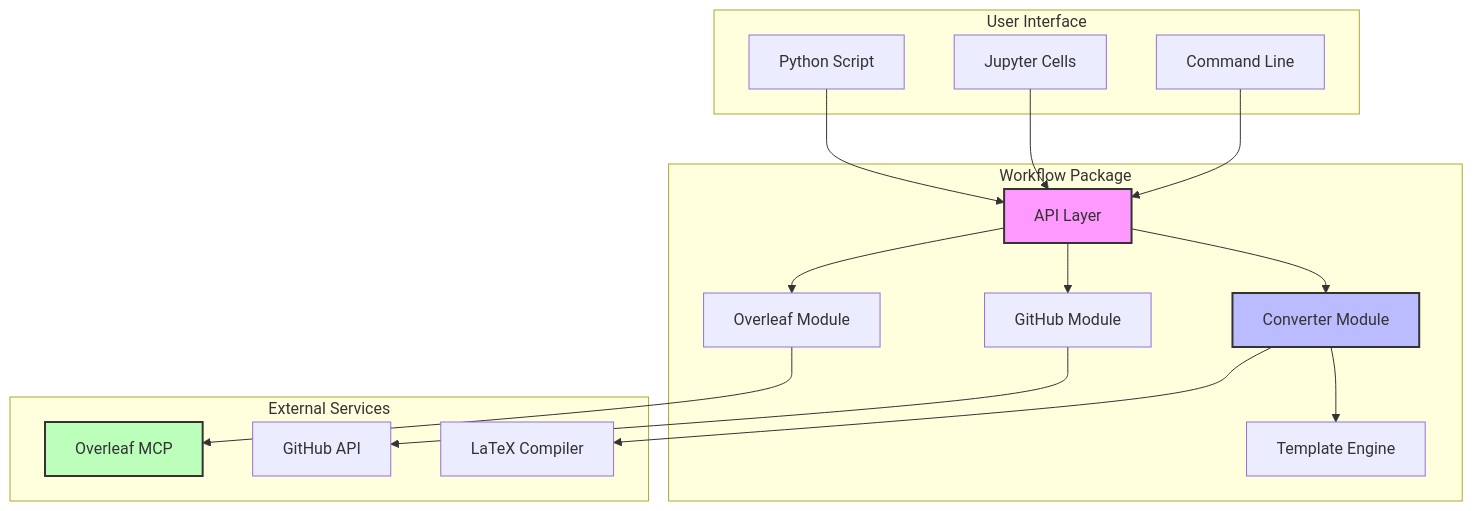
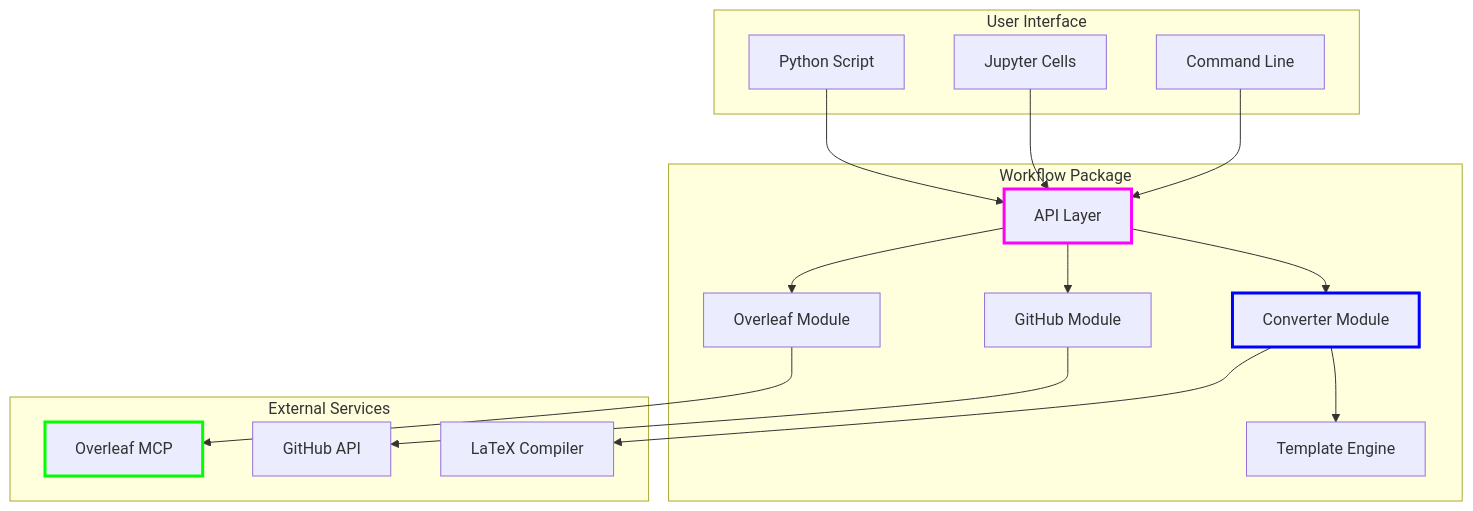
Before and after one commit to Ziforge/jupyter-overleaf-workflow: the eighth of 10 diagrams in docs/DIAGRAMS.md, drawn with Mermaid. The commit also changed other lines of this file and 1 other file, not shown here.

First line of the commit message:
Update Mermaid diagrams to use colored borders only

````diff
--- a/docs/DIAGRAMS.md
+++ b/docs/DIAGRAMS.md
@@ -255,40 +255,40 @@
 ```mermaid
 graph TD
     subgraph User Interface
         CLI[Command Line]
         Jupyter[Jupyter Cells]
         Script[Python Script]
     end
 
     subgraph Workflow Package
         API[API Layer]
         Converter[Converter Module]
         Overleaf[Overleaf Module]
         GitHub[GitHub Module]
         Templates[Template Engine]
     end
 
     subgraph External Services
         OLMCP[Overleaf MCP]
         GH[GitHub API]
         LaTeXComp[LaTeX Compiler]
     end
 
     CLI --> API
     Jupyter --> API
     Script --> API
 
     API --> Converter
     API --> Overleaf
     API --> GitHub
 
     Converter --> Templates
     Overleaf --> OLMCP
     GitHub --> GH
 
     Converter --> LaTeXComp
 
-    style API fill:#f9f,stroke:#333,stroke-width:2px
-    style Converter fill:#bbf,stroke:#333,stroke-width:2px
-    style OLMCP fill:#bfb,stroke:#333,stroke-width:2px
+    style API stroke:#f0f,stroke-width:3px
+    style Converter stroke:#00f,stroke-width:3px
+    style OLMCP stroke:#0f0,stroke-width:3px
 ```
````
